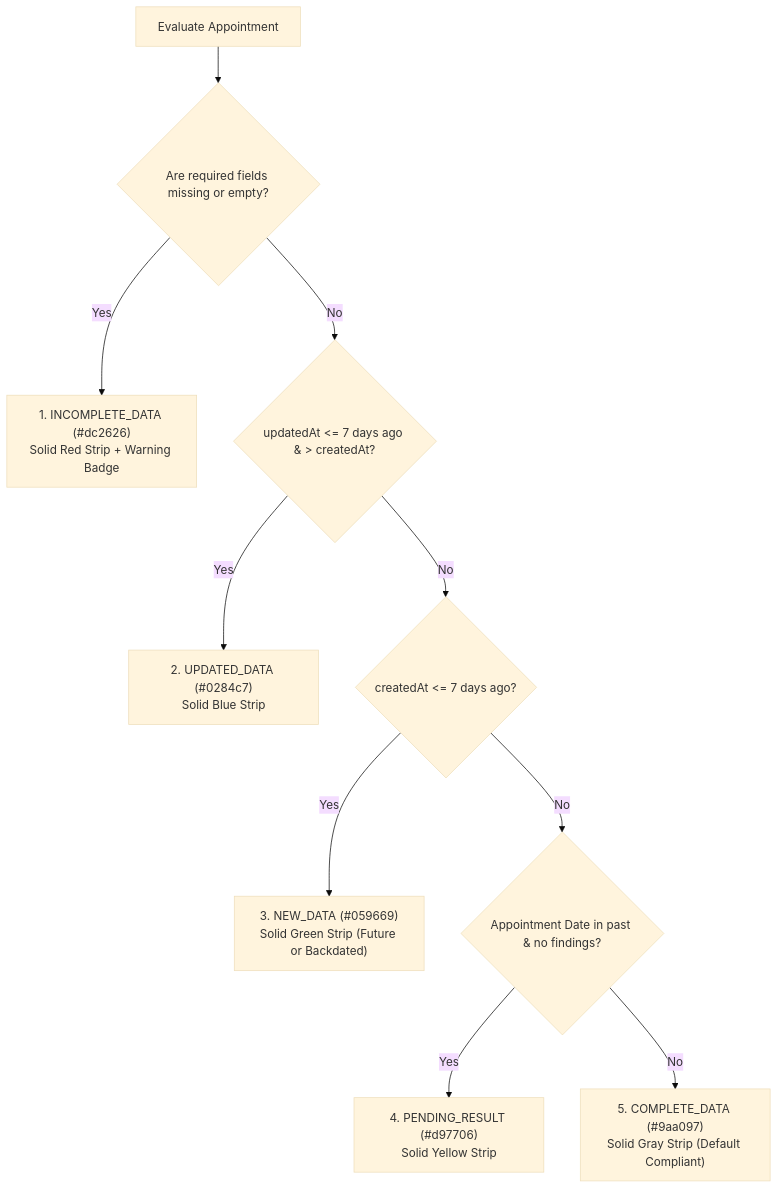
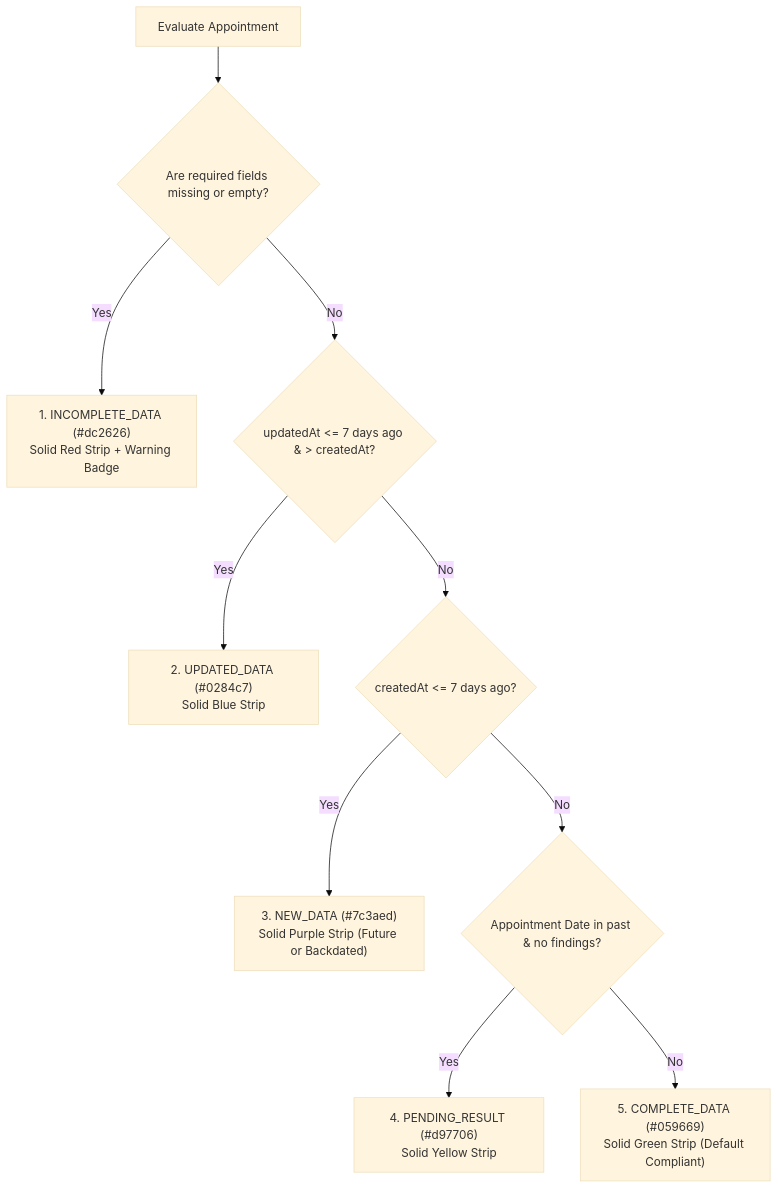
One commit to BAXMAY/Calendar-QA changed the second of 2 diagrams in docs/HANDOVER.md. Above: the diagram before and after it, drawn with Mermaid (base theme). The commit also changed other lines of this file and 9 other files, not shown here.

````diff
--- a/docs/HANDOVER.md
+++ b/docs/HANDOVER.md
@@ -129,12 +129,12 @@
 ```mermaid
 flowchart TD
     Start["Evaluate Appointment"] --> CheckIncomplete{"Are required fields missing or empty?"}
     CheckIncomplete -- Yes --> Red["1. INCOMPLETE_DATA (#dc2626)<br/>Solid Red Strip + Warning Badge"]
     CheckIncomplete -- No --> CheckUpdated{"updatedAt <= 7 days ago & > createdAt?"}
     CheckUpdated -- Yes --> Blue["2. UPDATED_DATA (#0284c7)<br/>Solid Blue Strip"]
     CheckUpdated -- No --> CheckNew{"createdAt <= 7 days ago?"}
-    CheckNew -- Yes --> Green["3. NEW_DATA (#059669)<br/>Solid Green Strip (Future or Backdated)"]
+    CheckNew -- Yes --> Green["3. NEW_DATA (#7c3aed)<br/>Solid Purple Strip (Future or Backdated)"]
     CheckNew -- No --> CheckPending{"Appointment Date in past & no findings?"}
     CheckPending -- Yes --> Yellow["4. PENDING_RESULT (#d97706)<br/>Solid Yellow Strip"]
-    CheckPending -- No --> Gray["5. COMPLETE_DATA (#9aa097)<br/>Solid Gray Strip (Default Compliant)"]
+    CheckPending -- No --> Gray["5. COMPLETE_DATA (#059669)<br/>Solid Green Strip (Default Compliant)"]
 ```
````
